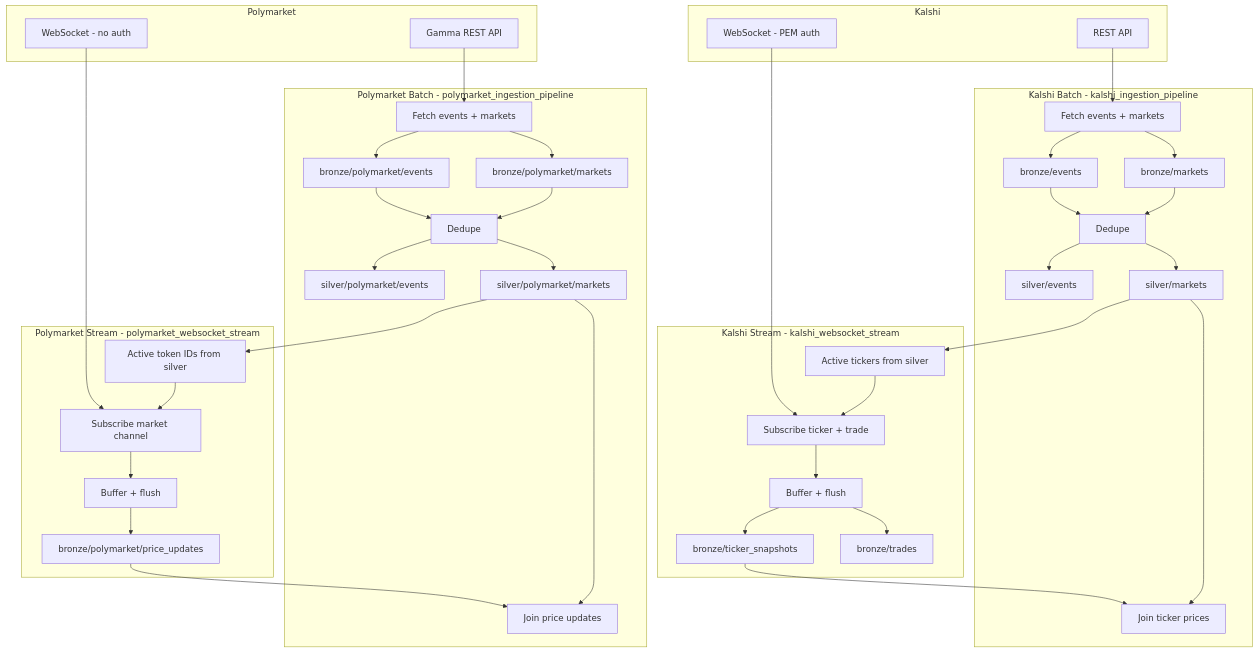
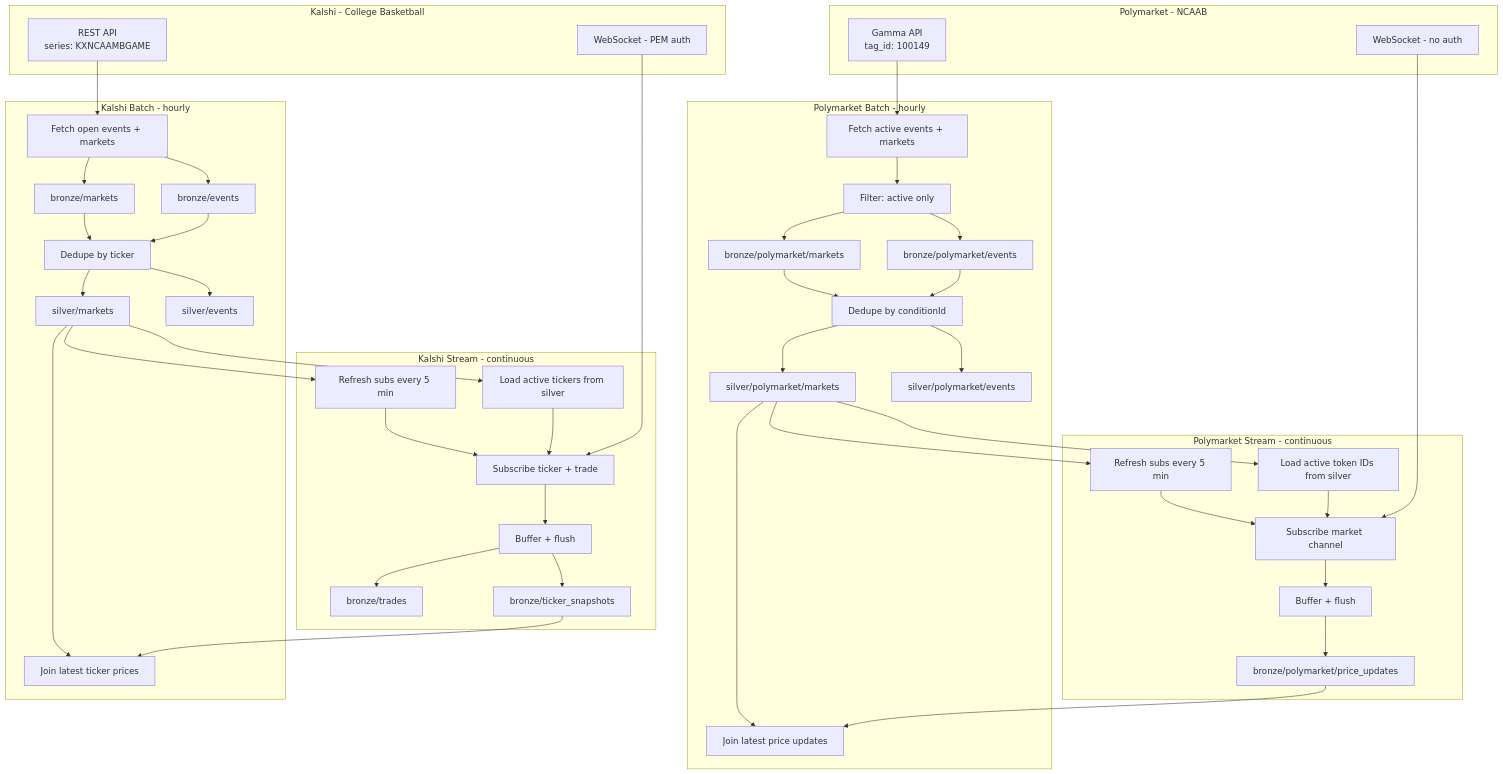
Before and after one commit to MitchLeahy/betywety: the diagram in README.md, drawn with Mermaid. The commit also changed other lines of this file and 5 other files, not shown here.

````diff
--- a/README.md
+++ b/README.md
@@ -7,63 +7,70 @@
 ```mermaid
 flowchart TB
-    subgraph kalshi_src [Kalshi]
-        K_REST[REST API]
+    subgraph kalshi_src [Kalshi - College Basketball]
+        K_REST[REST API\nseries: KXNCAAMBGAME]
         K_WS[WebSocket - PEM auth]
     end
 
-    subgraph poly_src [Polymarket]
-        P_REST[Gamma REST API]
+    subgraph poly_src [Polymarket - NCAAB]
+        P_REST[Gamma API\ntag_id: 100149]
         P_WS[WebSocket - no auth]
     end
 
-    subgraph kalshi_batch [Kalshi Batch - kalshi_ingestion_pipeline]
-        K_Fetch[Fetch events + markets]
+    subgraph kalshi_batch [Kalshi Batch - hourly]
+        K_Fetch[Fetch open events + markets]
         K_BronzeE[bronze/events]
         K_BronzeM[bronze/markets]
-        K_Dedupe[Dedupe]
+        K_Dedupe[Dedupe by ticker]
         K_SilverE[silver/events]
         K_SilverM[silver/markets]
-        K_Join[Join ticker prices]
+        K_Join[Join latest ticker prices]
     end
 
-    subgraph kalshi_stream [Kalshi Stream - kalshi_websocket_stream]
-        K_Read[Active tickers from silver]
+    subgraph kalshi_stream [Kalshi Stream - continuous]
+        K_Read[Load active tickers from silver]
         K_Sub[Subscribe ticker + trade]
+        K_Refresh[Refresh subs every 5 min]
         K_Buf[Buffer + flush]
         K_BronzeT[bronze/ticker_snapshots]
         K_BronzeTr[bronze/trades]
     end
 
-    subgraph poly_batch [Polymarket Batch - polymarket_ingestion_pipeline]
-        P_Fetch[Fetch events + markets]
+    subgraph poly_batch [Polymarket Batch - hourly]
+        P_Fetch[Fetch active events + markets]
+        P_Filter[Filter: active only]
         P_BronzeE[bronze/polymarket/events]
         P_BronzeM[bronze/polymarket/markets]
-        P_Dedupe[Dedupe]
+        P_Dedupe[Dedupe by conditionId]
         P_SilverE[silver/polymarket/events]
         P_SilverM[silver/polymarket/markets]
-        P_Join[Join price updates]
+        P_Join[Join latest price updates]
     end
 
-    subgraph poly_stream [Polymarket Stream - polymarket_websocket_stream]
-        P_Read[Active token IDs from silver]
+    subgraph poly_stream [Polymarket Stream - continuous]
+        P_Read[Load active token IDs from silver]
         P_Sub[Subscribe market channel]
+        P_Refresh[Refresh subs every 5 min]
         P_Buf[Buffer + flush]
         P_BronzeP[bronze/polymarket/price_updates]
     end
 
     K_REST --> K_Fetch --> K_BronzeE & K_BronzeM
     K_BronzeE & K_BronzeM --> K_Dedupe --> K_SilverE & K_SilverM
     K_SilverM --> K_Read
     K_WS --> K_Sub
-    K_Read --> K_Sub --> K_Buf --> K_BronzeT & K_BronzeTr
+    K_Read --> K_Sub
+    K_Sub --> K_Buf --> K_BronzeT & K_BronzeTr
+    K_SilverM --> K_Refresh --> K_Sub
     K_BronzeT --> K_Join
     K_SilverM --> K_Join
 
-    P_REST --> P_Fetch --> P_BronzeE & P_BronzeM
+    P_REST --> P_Fetch --> P_Filter --> P_BronzeE & P_BronzeM
     P_BronzeE & P_BronzeM --> P_Dedupe --> P_SilverE & P_SilverM
     P_SilverM --> P_Read
     P_WS --> P_Sub
-    P_Read --> P_Sub --> P_Buf --> P_BronzeP
+    P_Read --> P_Sub
+    P_Sub --> P_Buf --> P_BronzeP
+    P_SilverM --> P_Refresh --> P_Sub
     P_BronzeP --> P_Join
     P_SilverM --> P_Join
 ```
````
